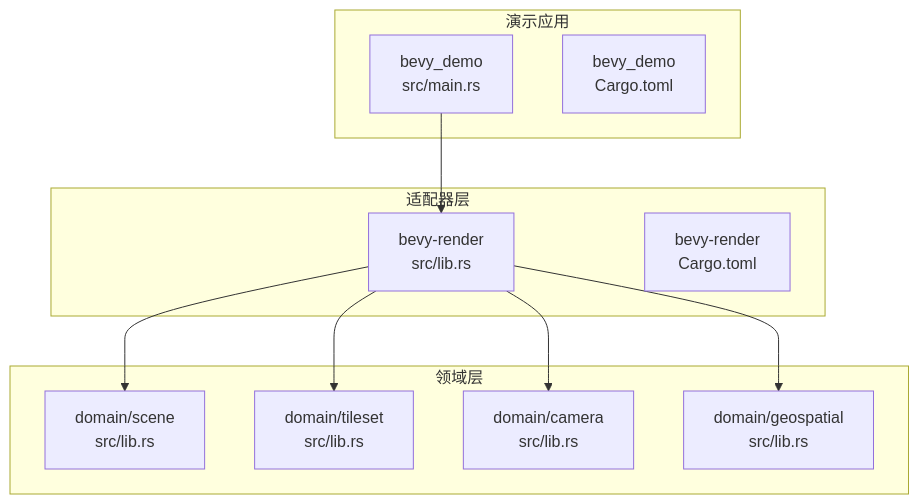
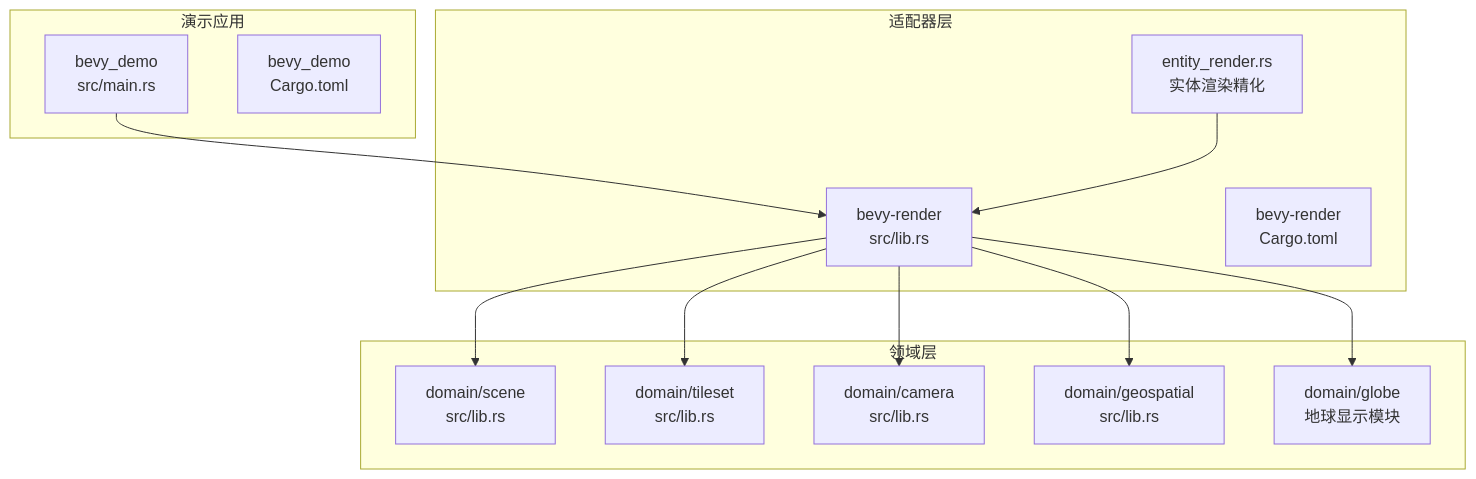
The first of 5 diagrams in .qoder/repowiki/zh/content/项目概述/核心特性/3D渲染引擎/Bevy渲染适配器.md (rzhangjing/cesium), drawn with Mermaid before and after one commit. The commit also changed other lines of this file and 178 other files, not shown here.

````diff
--- a/.qoder/repowiki/zh/content/项目概述/核心特性/3D渲染引擎/Bevy渲染适配器.md
+++ b/.qoder/repowiki/zh/content/项目概述/核心特性/3D渲染引擎/Bevy渲染适配器.md
@@ -33,22 +41,26 @@
 ```mermaid
 graph TB
 subgraph "适配器层"
 A["bevy-render<br/>src/lib.rs"]
 B["bevy-render<br/>Cargo.toml"]
+C["entity_render.rs<br/>实体渲染精化"]
 end
 subgraph "演示应用"
-C["bevy_demo<br/>src/main.rs"]
-D["bevy_demo<br/>Cargo.toml"]
+D["bevy_demo<br/>src/main.rs"]
+E["bevy_demo<br/>Cargo.toml"]
 end
 subgraph "领域层"
-E["domain/scene<br/>src/lib.rs"]
-F["domain/tileset<br/>src/lib.rs"]
-G["domain/camera<br/>src/lib.rs"]
-H["domain/geospatial<br/>src/lib.rs"]
+F["domain/scene<br/>src/lib.rs"]
+G["domain/tileset<br/>src/lib.rs"]
+H["domain/camera<br/>src/lib.rs"]
+I["domain/geospatial<br/>src/lib.rs"]
+J["domain/globe<br/>地球显示模块"]
 end
-C --> A
-A --> E
+D --> A
 A --> F
 A --> G
 A --> H
+A --> I
+A --> J
+C --> A
 ```
````
